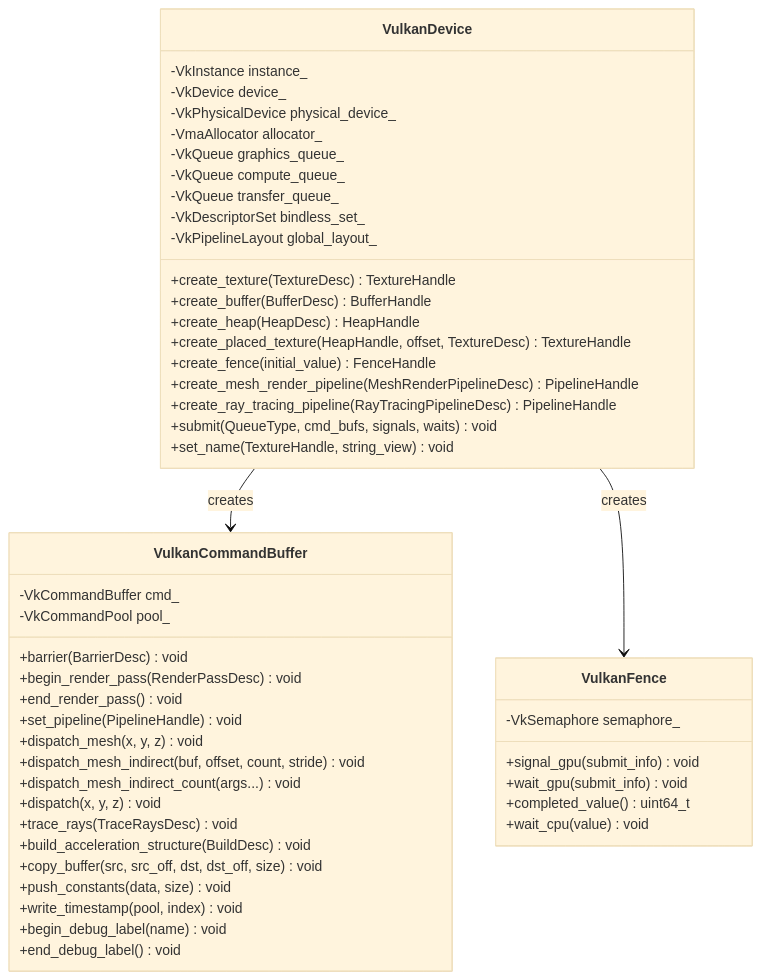
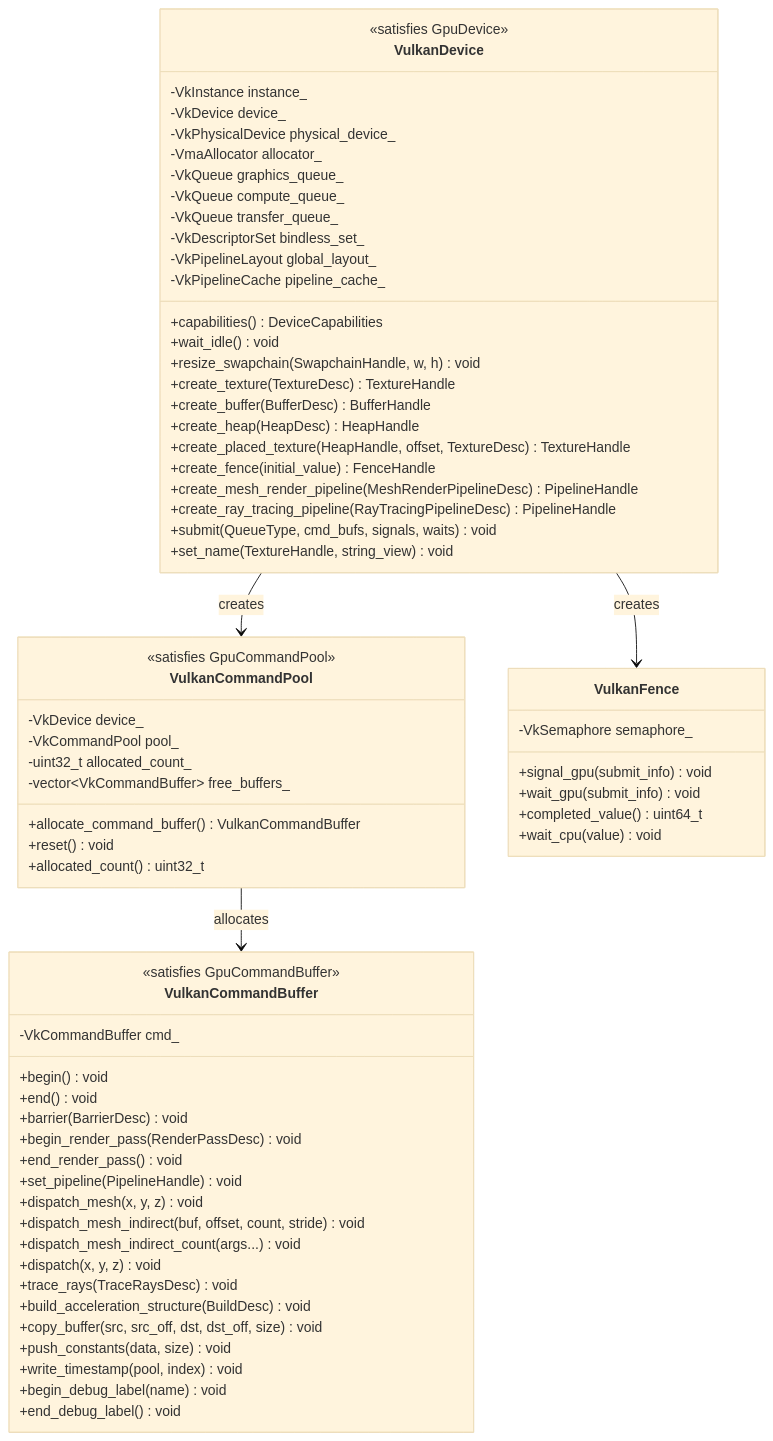
Before and after one commit to harmonius-dev/harmonius: the third of 3 diagrams in docs/design/gpu-backend-vulkan.md, drawn with Mermaid (base theme). The commit also changed other lines of this file and 6 other files, not shown here.

First line of the commit message:
Expand GPU backend, render graph, and shader pipeline design docs

````diff
--- a/docs/design/gpu-backend-vulkan.md
+++ b/docs/design/gpu-backend-vulkan.md
@@ -944,54 +1195,73 @@
 ```mermaid
 classDiagram
     class VulkanDevice {
+        <<satisfies GpuDevice>>
         -VkInstance instance_
         -VkDevice device_
         -VkPhysicalDevice physical_device_
         -VmaAllocator allocator_
         -VkQueue graphics_queue_
         -VkQueue compute_queue_
         -VkQueue transfer_queue_
         -VkDescriptorSet bindless_set_
         -VkPipelineLayout global_layout_
+        -VkPipelineCache pipeline_cache_
+        +capabilities() DeviceCapabilities
+        +wait_idle() void
+        +resize_swapchain(SwapchainHandle, w, h) void
         +create_texture(TextureDesc) TextureHandle
         +create_buffer(BufferDesc) BufferHandle
         +create_heap(HeapDesc) HeapHandle
         +create_placed_texture(HeapHandle, offset, TextureDesc) TextureHandle
         +create_fence(initial_value) FenceHandle
         +create_mesh_render_pipeline(MeshRenderPipelineDesc) PipelineHandle
         +create_ray_tracing_pipeline(RayTracingPipelineDesc) PipelineHandle
         +submit(QueueType, cmd_bufs, signals, waits) void
         +set_name(TextureHandle, string_view) void
     }
 
+    class VulkanCommandPool {
+        <<satisfies GpuCommandPool>>
+        -VkDevice device_
+        -VkCommandPool pool_
+        -uint32_t allocated_count_
+        -vector~VkCommandBuffer~ free_buffers_
+        +allocate_command_buffer() VulkanCommandBuffer
+        +reset() void
+        +allocated_count() uint32_t
+    }
+
     class VulkanCommandBuffer {
+        <<satisfies GpuCommandBuffer>>
         -VkCommandBuffer cmd_
-        -VkCommandPool pool_
+        +begin() void
+        +end() void
         +barrier(BarrierDesc) void
         +begin_render_pass(RenderPassDesc) void
         +end_render_pass() void
         +set_pipeline(PipelineHandle) void
         +dispatch_mesh(x, y, z) void
         +dispatch_mesh_indirect(buf, offset, count, stride) void
         +dispatch_mesh_indirect_count(args...) void
         +dispatch(x, y, z) void
         +trace_rays(TraceRaysDesc) void
         +build_acceleration_structure(BuildDesc) void
         +copy_buffer(src, src_off, dst, dst_off, size) void
         +push_constants(data, size) void
         +write_timestamp(pool, index) void
         +begin_debug_label(name) void
         +end_debug_label() void
     }
 
     class VulkanFence {
         -VkSemaphore semaphore_
         +signal_gpu(submit_info) void
         +wait_gpu(submit_info) void
         +completed_value() uint64_t
         +wait_cpu(value) void
     }
 
-    VulkanDevice --> VulkanCommandBuffer : creates
+    VulkanDevice --> VulkanCommandPool : creates
+    VulkanCommandPool --> VulkanCommandBuffer : allocates
     VulkanDevice --> VulkanFence : creates
 ```
````
